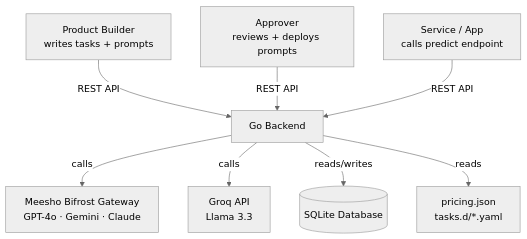
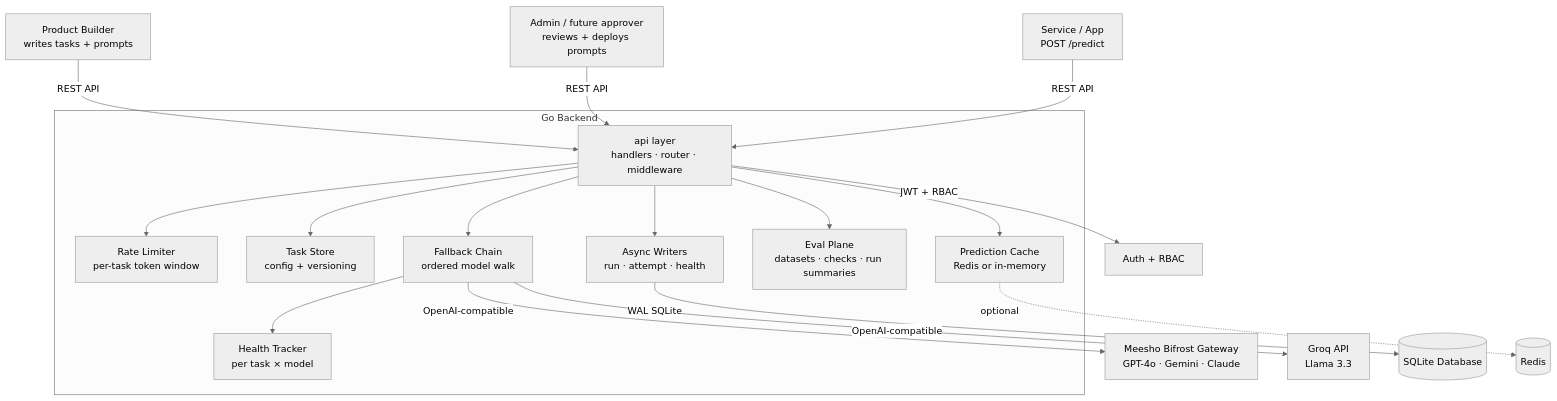
The first of 3 diagrams in llm_platform_go/docs/00-big-picture.md (Anushka-meesho/llm_platform), drawn with Mermaid (neutral theme) before and after one commit. The commit also changed other lines of this file and 48 other files, not shown here.

Commit message:
feat: add task eval workflow

````diff
--- a/llm_platform_go/docs/00-big-picture.md
+++ b/llm_platform_go/docs/00-big-picture.md
@@ -36,10 +37,23 @@
 ```mermaid
 graph TD
-    PB[Product Builder<br/>writes tasks + prompts] -->|REST API| BE[Go Backend]
-    AP[Approver<br/>reviews + deploys prompts] -->|REST API| BE
-    SA[Service / App<br/>calls predict endpoint] -->|REST API| BE
-    BE -->|calls| MG[Meesho Bifrost Gateway<br/>GPT-4o · Gemini · Claude]
-    BE -->|calls| GQ[Groq API<br/>Llama 3.3]
-    BE -->|reads/writes| DB[(SQLite Database)]
-    BE -->|reads| CF[pricing.json<br/>tasks.d/*.yaml]
+    PB[Product Builder<br/>writes tasks + prompts] -->|REST API| API
+    AP[Admin / future approver<br/>reviews + deploys prompts] -->|REST API| API
+    SA[Service / App<br/>POST /predict] -->|REST API| API
+
+    subgraph BE[Go Backend]
+        API[api layer<br/>handlers · router · middleware]
+        API --> RL[Rate Limiter<br/>per-task token window]
+        API --> TASK[Task Store<br/>config + versioning]
+        API --> CACHE[Prediction Cache<br/>Redis or in-memory]
+        API --> FALL[Fallback Chain<br/>ordered model walk]
+        FALL --> CB[Health Tracker<br/>per task × model]
+        API --> EVAL[Eval Plane<br/>datasets · checks · run summaries]
+        API --> DB[Async Writers<br/>run · attempt · health]
+    end
+
+    API -->|JWT + RBAC| AUTH[Auth + RBAC]
+    FALL -->|OpenAI-compatible| MG[Meesho Bifrost Gateway<br/>GPT-4o · Gemini · Claude]
+    FALL -->|OpenAI-compatible| GQ[Groq API<br/>Llama 3.3]
+    DB -->|WAL SQLite| SQLite[(SQLite Database)]
+    CACHE -.->|optional| Redis[(Redis)]
 ```
````
